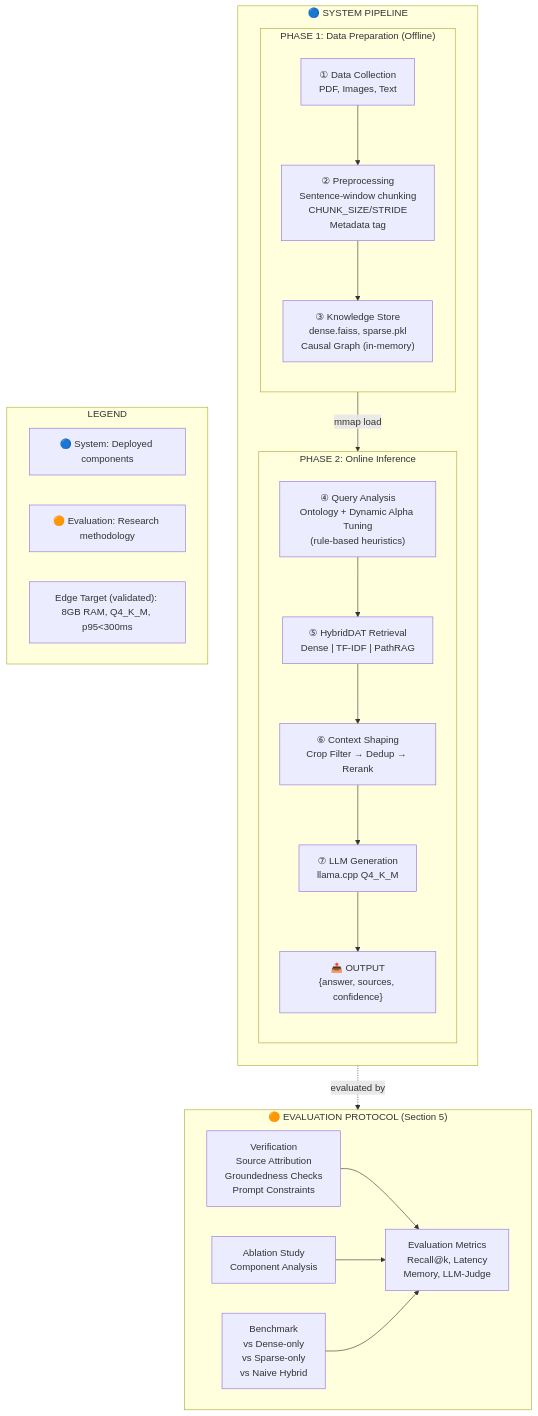
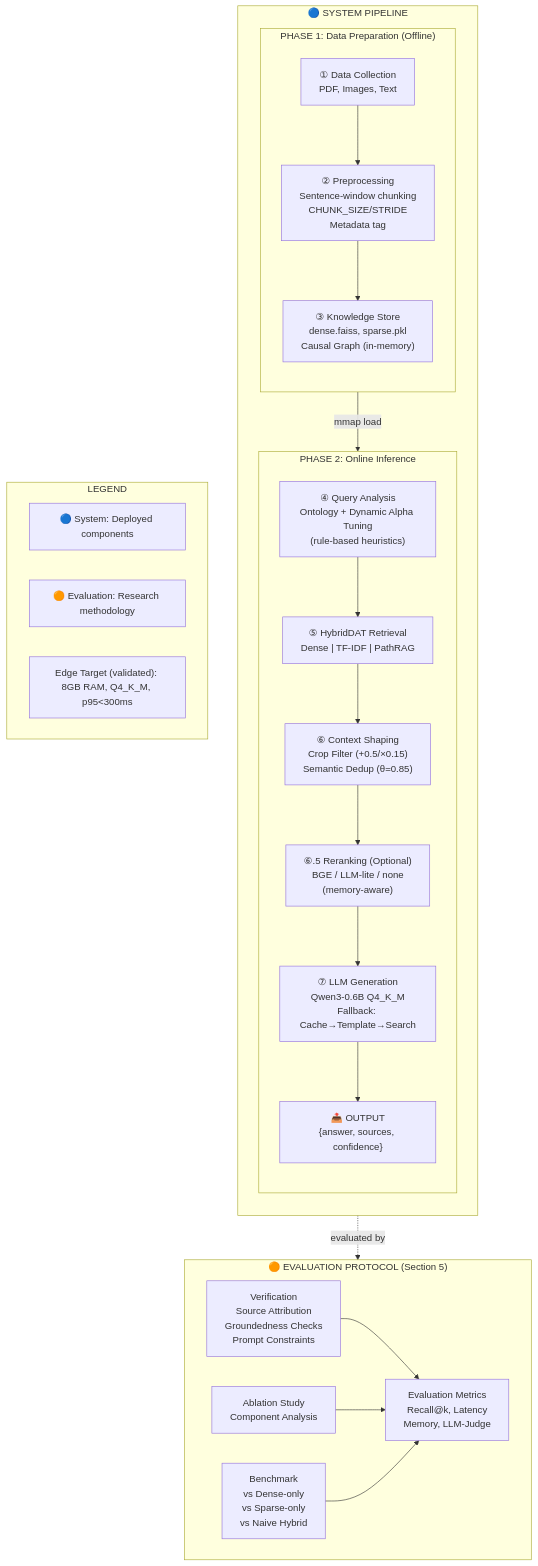
Before and after one commit to NAMUORI00/smartfarm-workspace: the second of 2 diagrams in docs/era-smartfarm-rag/paper/figures/ARCHITECTURE_FIGURE_DESIGN.md, drawn with Mermaid. The commit also changed other lines of this file and 2 other files, not shown here.

First line of the commit message:
docs(paper): fix 6 implementation mismatches in Figure 1 architecture

````diff
--- a/docs/era-smartfarm-rag/paper/figures/ARCHITECTURE_FIGURE_DESIGN.md
+++ b/docs/era-smartfarm-rag/paper/figures/ARCHITECTURE_FIGURE_DESIGN.md
@@ -192,46 +201,47 @@
 ```mermaid
 flowchart TB
     subgraph SystemLane["🔵 SYSTEM PIPELINE"]
         direction TB
         
         subgraph Phase1["PHASE 1: Data Preparation (Offline)"]
             direction TB
             DC["① Data Collection<br/>PDF, Images, Text"]
             PP["② Preprocessing<br/>Sentence-window chunking<br/>CHUNK_SIZE/STRIDE<br/>Metadata tag"]
             KS["③ Knowledge Store<br/>dense.faiss, sparse.pkl<br/>Causal Graph (in-memory)"]
             DC --> PP --> KS
         end
         
         subgraph Phase2["PHASE 2: Online Inference"]
             direction TB
             QA["④ Query Analysis<br/>Ontology + Dynamic Alpha Tuning<br/>(rule-based heuristics)"]
             HR["⑤ HybridDAT Retrieval<br/>Dense | TF-IDF | PathRAG"]
-            CS["⑥ Context Shaping<br/>Crop Filter → Dedup → Rerank"]
-            LLM["⑦ LLM Generation<br/>llama.cpp Q4_K_M"]
+            CS["⑥ Context Shaping<br/>Crop Filter (+0.5/×0.15)<br/>Semantic Dedup (θ=0.85)"]
+            RR["⑥.5 Reranking (Optional)<br/>BGE / LLM-lite / none<br/>(memory-aware)"]
+            LLM["⑦ LLM Generation<br/>Qwen3-0.6B Q4_K_M<br/>Fallback: Cache→Template→Search"]
             OUT["📤 OUTPUT<br/>{answer, sources, confidence}"]
-            QA --> HR --> CS --> LLM --> OUT
+            QA --> HR --> CS --> RR --> LLM --> OUT
         end
         
         KS -->|"mmap load"| QA
     end
     
     subgraph EvalLane["🟠 EVALUATION PROTOCOL (Section 5)"]
         direction LR
         VER["Verification<br/>Source Attribution<br/>Groundedness Checks<br/>Prompt Constraints"]
         ABL["Ablation Study<br/>Component Analysis"]
         BENCH["Benchmark<br/>vs Dense-only<br/>vs Sparse-only<br/>vs Naive Hybrid"]
         METRICS["Evaluation Metrics<br/>Recall@k, Latency<br/>Memory, LLM-Judge"]
         
         VER --> METRICS
         ABL --> METRICS
         BENCH --> METRICS
     end
     
     OUT -.->|"evaluated by"| VER
     
     subgraph Legend["LEGEND"]
         L1["🔵 System: Deployed components"]
         L2["🟠 Evaluation: Research methodology"]
         L3["Edge Target (validated): 8GB RAM, Q4_K_M, p95<300ms"]
     end
 ```
````
